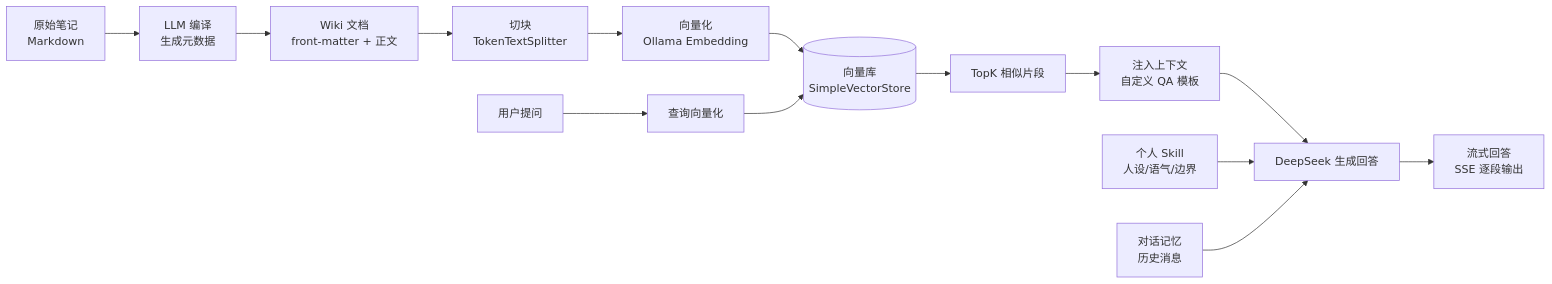
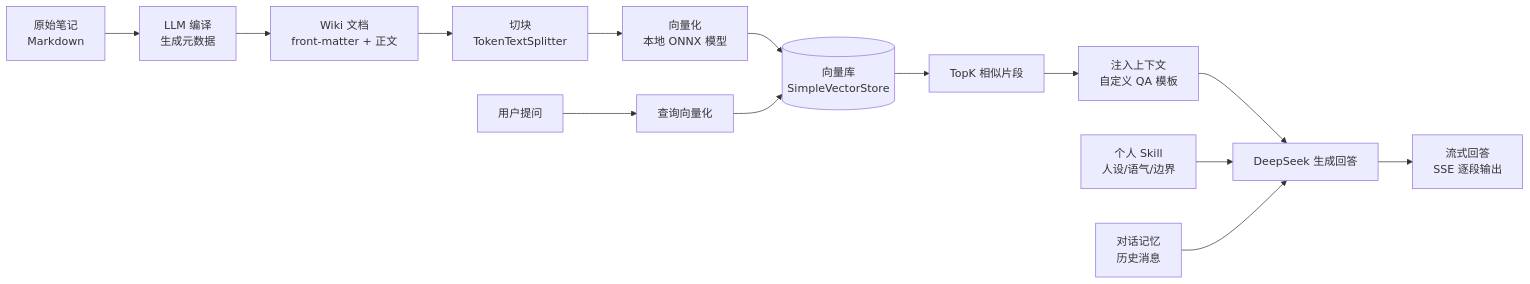
Before and after one commit to windyfreez/coder_sean: the second of 3 diagrams in README.md, drawn with Mermaid. The commit also changed other lines of this file and 13 other files, not shown here.

````diff
--- a/README.md
+++ b/README.md
@@ -195,19 +201,19 @@
 ```mermaid
 flowchart LR
 
 RA[原始笔记<br/>Markdown] --> CP[LLM 编译<br/>生成元数据]
 CP --> WK[Wiki 文档<br/>front-matter + 正文]
 WK --> SP[切块<br/>TokenTextSplitter]
-SP --> EM[向量化<br/>Ollama Embedding]
+SP --> EM[向量化<br/>本地 ONNX 模型]
 EM --> VS[(向量库<br/>SimpleVectorStore)]
 
 Q[用户提问] --> QE[查询向量化]
 QE --> VS
 VS --> RT[TopK 相似片段]
 RT --> PR[注入上下文<br/>自定义 QA 模板]
 PR --> LLM[DeepSeek 生成回答]
 
 SK[个人 Skill<br/>人设/语气/边界] --> LLM
 MEM[对话记忆<br/>历史消息] --> LLM
 LLM --> ANS[流式回答<br/>SSE 逐段输出]
 ```
````
